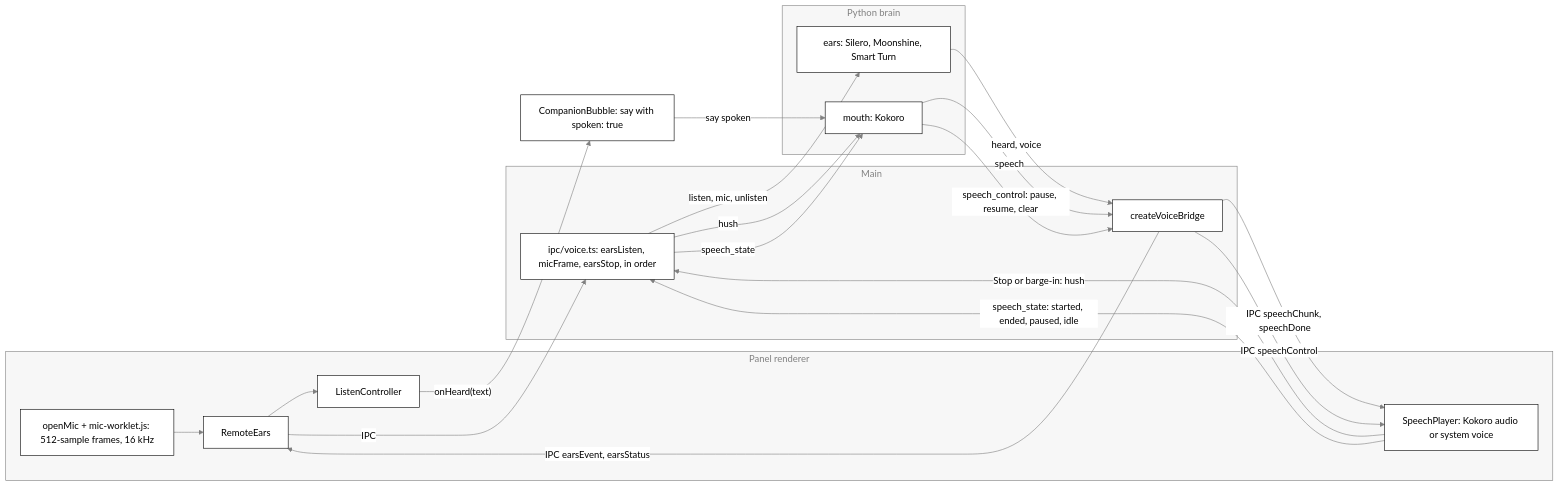
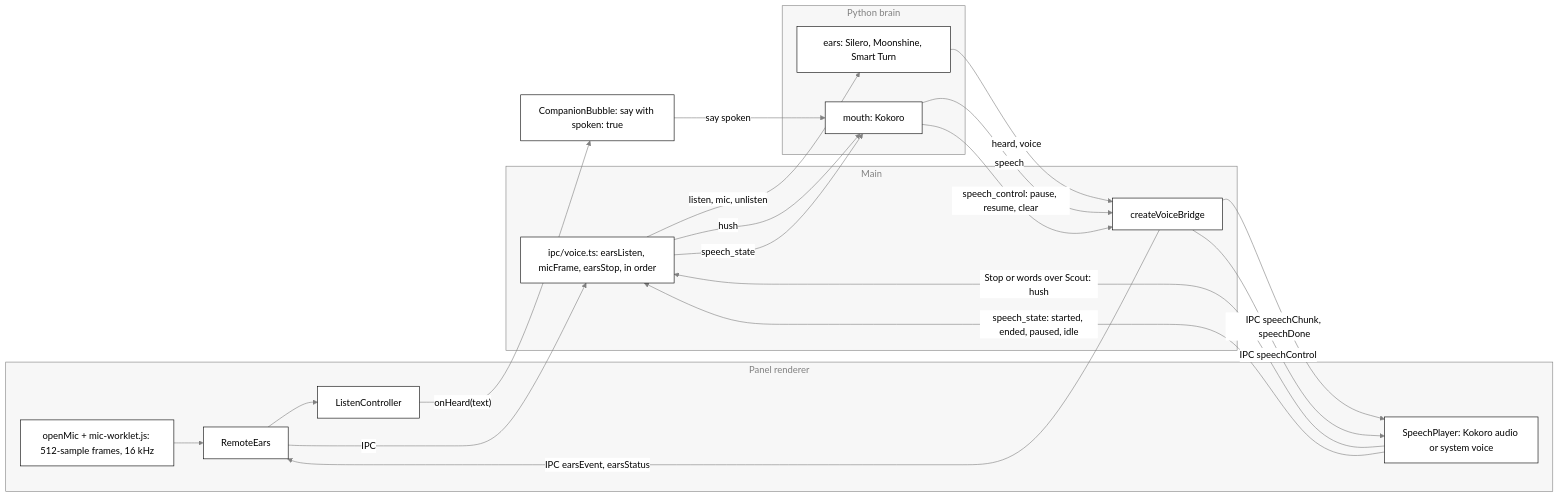
The first of 5 diagrams in docs/voice.md (nadeem4/tagalong), drawn with Mermaid before and after one commit. The commit also changed other lines of this file and 23 other files, not shown here.

````diff
--- a/docs/voice.md
+++ b/docs/voice.md
@@ -42,25 +42,25 @@
 ```mermaid
 %%{init: {"theme": "base", "themeVariables": {"primaryColor": "#ffffff", "primaryTextColor": "#000000", "primaryBorderColor": "#000000", "lineColor": "#808080", "arrowheadColor": "#808080", "secondaryColor": "#f2f2f2", "tertiaryColor": "#ffffff", "clusterBkg": "#f7f7f7", "clusterBorder": "#808080", "edgeLabelBackground": "#ffffff", "titleColor": "#808080", "actorBkg": "#ffffff", "actorBorder": "#000000", "actorTextColor": "#000000", "actorLineColor": "#808080", "signalColor": "#808080", "signalTextColor": "#808080", "sequenceNumberColor": "#ffffff", "labelBoxBkgColor": "#ffffff", "labelBoxBorderColor": "#808080", "labelTextColor": "#000000", "loopTextColor": "#808080", "noteBkgColor": "#f7f7f7", "noteBorderColor": "#808080", "noteTextColor": "#000000", "activationBkgColor": "#f7f7f7", "activationBorderColor": "#808080", "fontFamily": "Segoe UI, Helvetica, Arial, sans-serif"}}}%%
 flowchart LR
   subgraph Panel["Panel renderer"]
     MIC["openMic + mic-worklet.js: 512-sample frames, 16 kHz"] --> RE["RemoteEars"]
     LC["ListenController"]
     SP["SpeechPlayer: Kokoro audio or system voice"]
   end
   subgraph Main["Main"]
     IPC["ipc/voice.ts: earsListen, micFrame, earsStop, in order"]
     VB["createVoiceBridge"]
   end
   subgraph Brain["Python brain"]
     EARS["ears: Silero, Moonshine, Smart Turn"]
     MOUTH["mouth: Kokoro"]
   end
   RE -->|"IPC"| IPC -->|"listen, mic, unlisten"| EARS
   EARS -->|"heard, voice"| VB -->|"IPC earsEvent, earsStatus"| RE
   RE --> LC -->|"onHeard(text)"| CB["CompanionBubble: say with spoken: true"]
   CB -->|"say spoken"| MOUTH
   MOUTH -->|"speech"| VB -->|"IPC speechChunk, speechDone"| SP
-  SP -->|"Stop or barge-in: hush"| IPC -->|"hush"| MOUTH
+  SP -->|"Stop or words over Scout: hush"| IPC -->|"hush"| MOUTH
   SP -->|"speech_state: started, ended, paused, idle"| IPC -->|"speech_state"| MOUTH
   MOUTH -->|"speech_control: pause, resume, clear"| VB -->|"IPC speechControl"| SP
 ```
````
